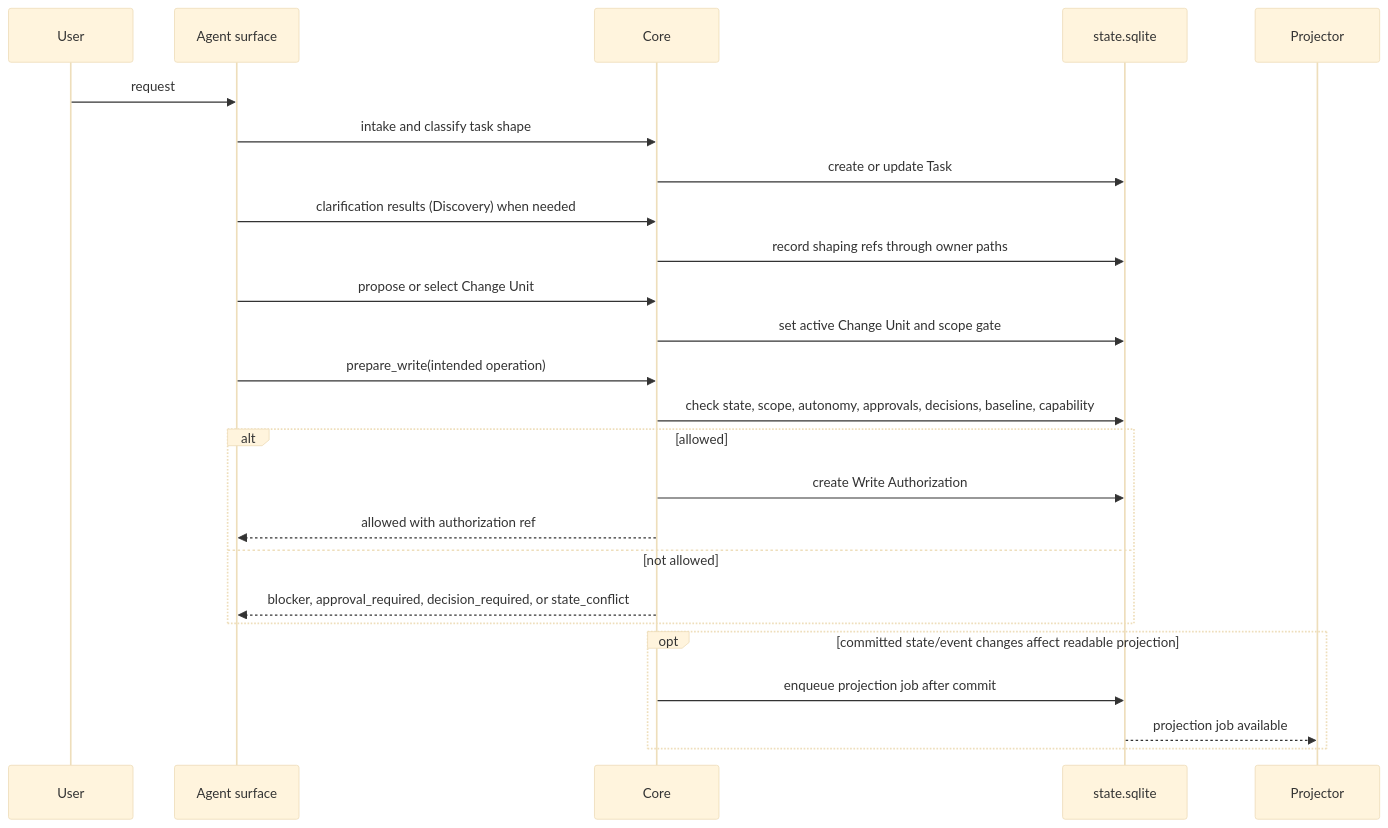
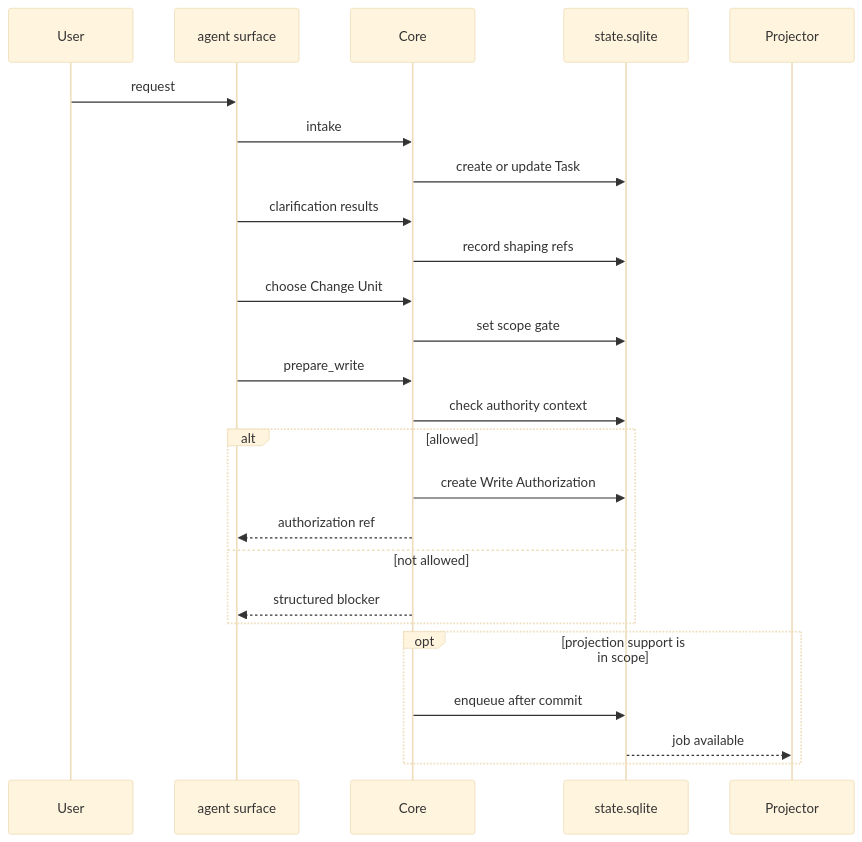
One commit to minjungw00/Harness_Project changed the seventh of 7 diagrams in docs/en/reference/kernel.md. Above: the diagram before and after it, drawn with Mermaid (base theme). The commit also changed other lines of this file and 20 other files, not shown here.

Commit message:
docs: refresh diagrams for staged authority model

````diff
--- a/docs/en/reference/kernel.md
+++ b/docs/en/reference/kernel.md
@@ -935,28 +918,28 @@
 ```mermaid
 sequenceDiagram
   participant User
-  participant Agent as Agent surface
+  participant Agent as agent surface
   participant Core
   participant State as state.sqlite
   participant Projector
 
   User->>Agent: request
-  Agent->>Core: intake and classify task shape
+  Agent->>Core: intake
   Core->>State: create or update Task
-  Agent->>Core: clarification results (Discovery) when needed
-  Core->>State: record shaping refs through owner paths
-  Agent->>Core: propose or select Change Unit
-  Core->>State: set active Change Unit and scope gate
-  Agent->>Core: prepare_write(intended operation)
-  Core->>State: check state, scope, autonomy, approvals, decisions, baseline, capability
+  Agent->>Core: clarification results
+  Core->>State: record shaping refs
+  Agent->>Core: choose Change Unit
+  Core->>State: set scope gate
+  Agent->>Core: prepare_write
+  Core->>State: check authority context
   alt allowed
     Core->>State: create Write Authorization
-    Core-->>Agent: allowed with authorization ref
+    Core-->>Agent: authorization ref
   else not allowed
-    Core-->>Agent: blocker, approval_required, decision_required, or state_conflict
+    Core-->>Agent: structured blocker
   end
-  opt committed state/event changes affect readable projection
-    Core->>State: enqueue projection job after commit
-    State-->>Projector: projection job available
+  opt projection support is in scope
+    Core->>State: enqueue after commit
+    State-->>Projector: job available
   end
 ```
````
